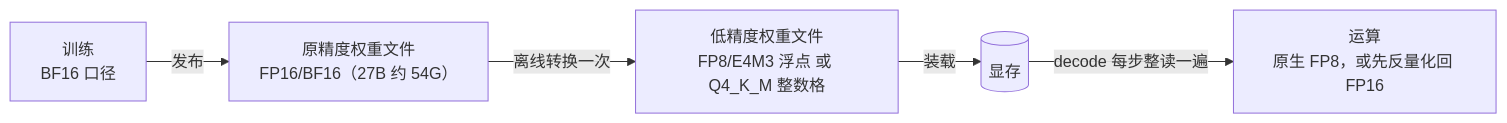
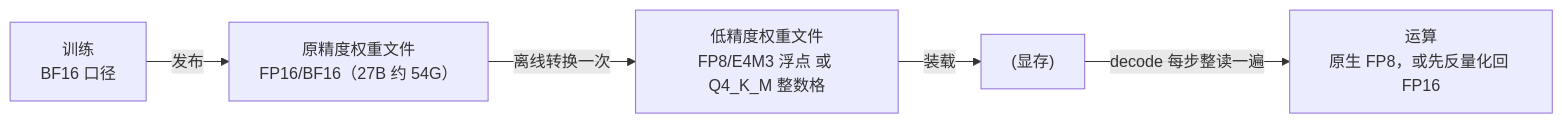
Before and after one commit to Bahtya/llm-learning: the diagram in content-v2/part2/2-3.md, drawn with Mermaid. The commit also changed 10 other files, not shown here.

Commit message:
mermaid 节点标签全量加引号防解析失败；index.html 静态资源加版本参数穿透缓存

````diff
--- a/content-v2/part2/2-3.md
+++ b/content-v2/part2/2-3.md
@@ -19,7 +19,7 @@
 ```mermaid
 graph LR
     A["训练<br/>BF16 口径"] -- 发布 --> B["原精度权重文件<br/>FP16/BF16（27B 约 54G）"]
     B -- 离线转换一次 --> C["低精度权重文件<br/>FP8/E4M3 浮点 或 Q4_K_M 整数格"]
-    C -- 装载 --> D[(显存)]
+    C -- 装载 --> D["(显存)"]
     D -- decode 每步整读一遍 --> E["运算<br/>原生 FP8，或先反量化回 FP16"]
 ```
````
